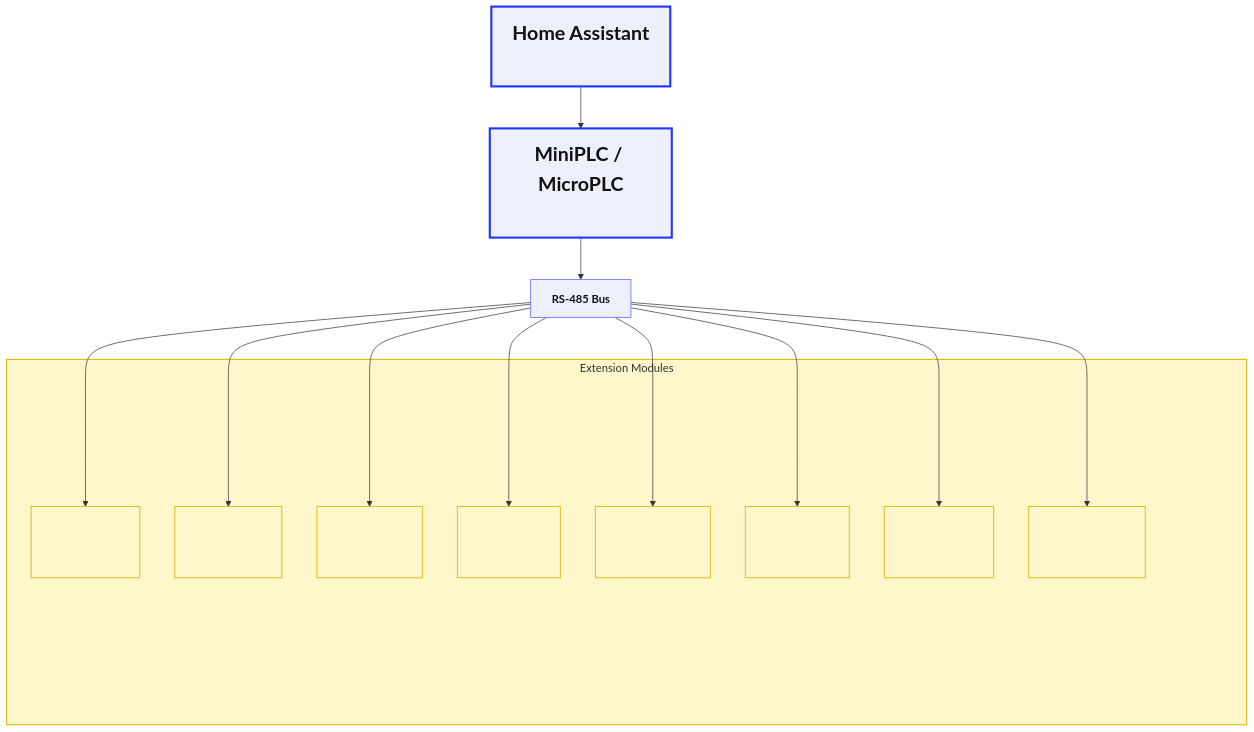
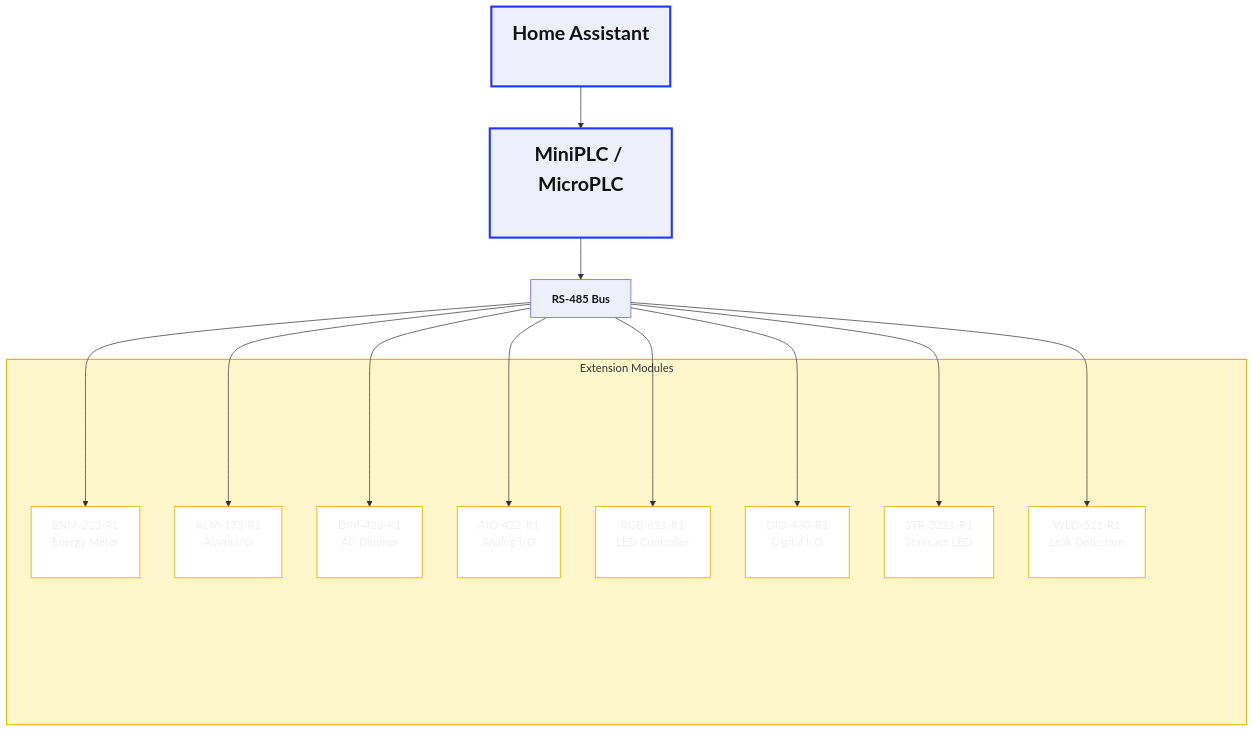
One commit to isystemsautomation/HOMEMASTER changed the diagram in README.md. Above: the diagram before and after it, drawn with Mermaid.

````diff
--- a/README.md
+++ b/README.md
@@ -27,37 +27,37 @@
 ```mermaid
 %%{init: {"flowchart":{"htmlLabels":true,"nodeSpacing":50,"rankSpacing":60}}}%%
 flowchart TD
   %% Classes
   classDef hub fill:#EDEFFB,stroke:#6B72FF,stroke-width:1.2px,color:#111,font-weight:bold;
   classDef big fill:#EDEFFB,stroke:#1F35FF,stroke-width:3px,color:#111,font-weight:bold,font-size:28px;
-  classDef mod fill:transparent,stroke:#E0B100,stroke-width:1.2px,color:transparent;
+  classDef mod fill:#ffffff,stroke:#E0B100,stroke-width:1.2px,color:#1111;
   classDef ghost fill:transparent,stroke:transparent,color:transparent;
 
   %% Double-sized HA and PLC (bigger font + extra line breaks)
   HA["Home Assistant<br/><br/>"]:::big --> PLC["MiniPLC / MicroPLC<br/><br/>"]:::big
   PLC --> RS485[RS-485 Bus]:::hub
 
   %% Subgraph with taller nodes; extra <br/> increases node height
   subgraph Mods["Extension Modules"]
     ENM["ENM-223-R1<br/>Energy Meter<br/><br/>"]:::mod
     ALM["ALM-173-R1<br/>Alarm I/O<br/><br/>"]:::mod
     DIM["DIM-420-R1<br/>AC Dimmer<br/><br/>"]:::mod
     AIO["AIO-422-R1<br/>Analog I/O<br/><br/>"]:::mod
     RGB["RGB-621-R1<br/>LED Controller<br/><br/>"]:::mod
     DIO["DIO-430-R1<br/>Digital I/O<br/><br/>"]:::mod
     STR["STR-3221-R1<br/>Staircase LED<br/><br/>"]:::mod
     WLD["WLD-521-R1<br/>Leak Detection<br/><br/>"]:::mod
     SP1["<br/><br/><br/><br/><br/><br/><br/><br/><br/><br/><br/><br/><br/><br/><br/><br/><br/><br/>"]:::ghost
   end
   style Mods fill:#FFF7CC,stroke:#E0B100,stroke-width:1.5px
 
   %% Edges
   RS485 --> ENM
   RS485 --> ALM
   RS485 --> DIM
   RS485 --> AIO
   RS485 --> RGB
   RS485 --> DIO
   RS485 --> STR
   RS485 --> WLD
 ```
````
